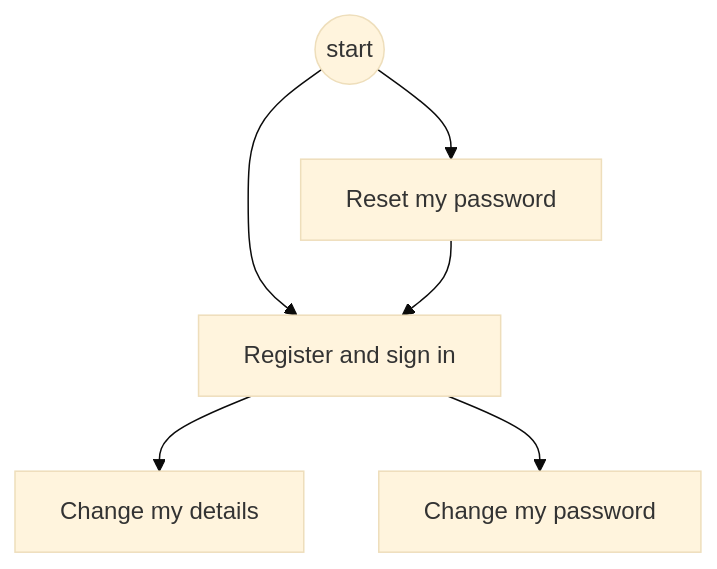
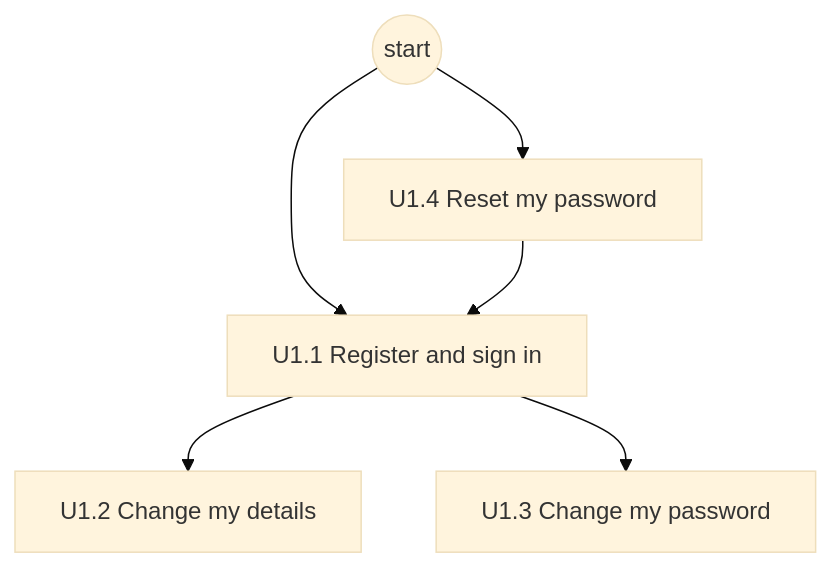
One commit to delphside/programme changed the second of 29 diagrams in docs/changes/workstreams/application-game-architecture/71-one-game-model/71-functional.md. Above: the diagram before and after it, drawn with Mermaid (base theme). The commit also changed other lines of this file and 1 other file, not shown here.

````diff
--- a/docs/changes/workstreams/application-game-architecture/71-one-game-model/71-functional.md
+++ b/docs/changes/workstreams/application-game-architecture/71-one-game-model/71-functional.md
@@ -73,8 +80,8 @@
 ```mermaid
 flowchart TD
-  s0((start)) --> a1["Register and sign in"]
-  s0 --> a2["Reset my password"]
+  s0((start)) --> a1["U1.1 Register and sign in"]
+  s0 --> a2["U1.4 Reset my password"]
   a2 --> a1
-  a1 --> a3["Change my details"]
-  a1 --> a4["Change my password"]
+  a1 --> a3["U1.2 Change my details"]
+  a1 --> a4["U1.3 Change my password"]
 ```
````
